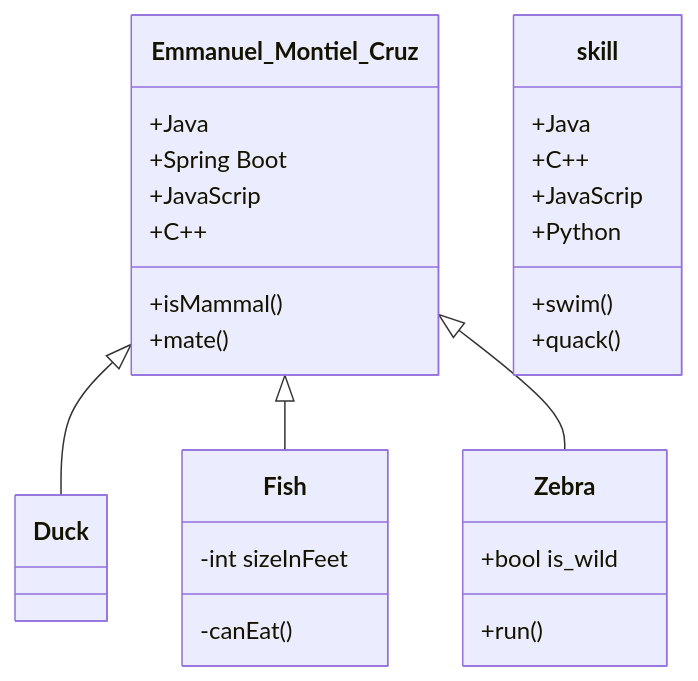
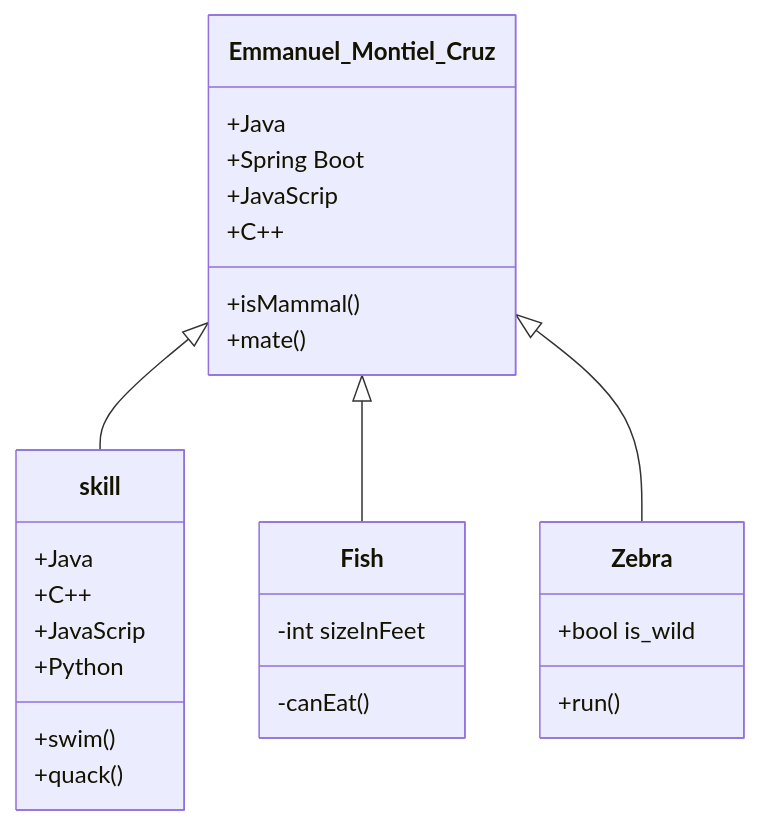
The first of 2 diagrams in index.md (acmerev/acmerev), drawn with Mermaid before and after one commit.

````diff
--- a/index.md
+++ b/index.md
@@ -44,28 +44,28 @@
 ```mermaid
   classDiagram
-    Emmanuel_Montiel_Cruz <|-- Duck
+    Emmanuel_Montiel_Cruz <|-- skill
     Emmanuel_Montiel_Cruz <|-- Fish
     Emmanuel_Montiel_Cruz <|-- Zebra
     Emmanuel_Montiel_Cruz : +Java
     Emmanuel_Montiel_Cruz : +Spring Boot
     Emmanuel_Montiel_Cruz : +JavaScrip
     Emmanuel_Montiel_Cruz : +C++
     Emmanuel_Montiel_Cruz: +isMammal()
     Emmanuel_Montiel_Cruz: +mate()
     class skill{
         +Java
         +C++
         +JavaScrip
         +Python
         +swim()
         +quack()
     }
     class Fish{
         -int sizeInFeet
         -canEat()
     }
     class Zebra{
         +bool is_wild
         +run()
     }
 ```
````
